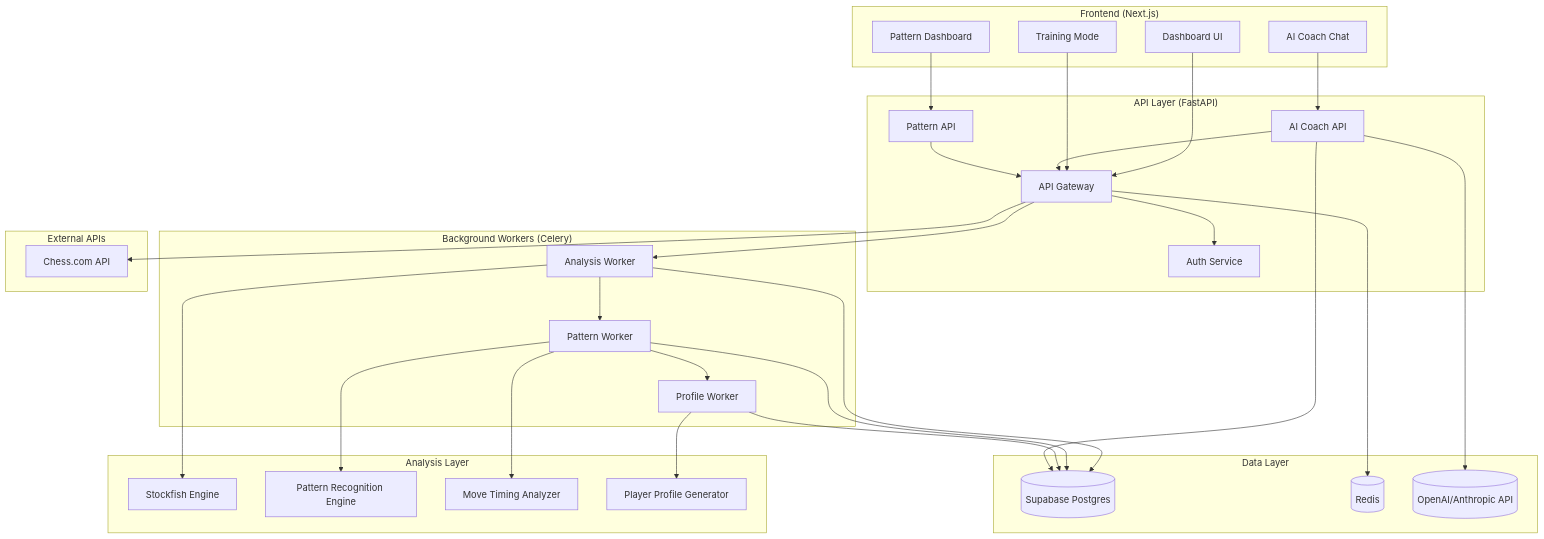
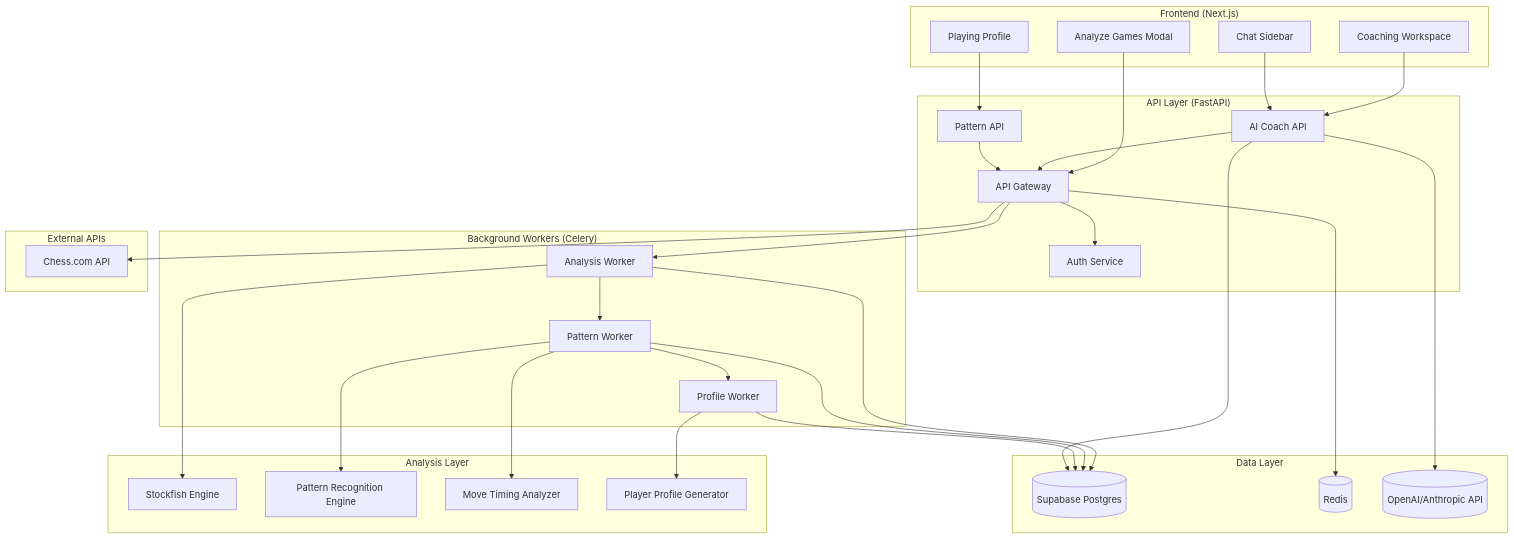
Before and after one commit to ArcnetLabs/chess-AI: the first of 4 diagrams in docs/requirements/FRD_TECHNICAL.md, drawn with Mermaid. The commit also changed other lines of this file and 85 other files, not shown here.

````diff
--- a/docs/requirements/FRD_TECHNICAL.md
+++ b/docs/requirements/FRD_TECHNICAL.md
@@ -42,67 +46,67 @@
 ```mermaid
 flowchart TB
     subgraph Frontend["Frontend (Next.js)"]
-        UI[Dashboard UI]
-        CHAT[AI Coach Chat]
-        PATTERN[Pattern Dashboard]
-        TRAIN[Training Mode]
+        CHAT[Coaching Workspace]
+        SIDEBAR[Chat Sidebar]
+        PROFILE_UI[Playing Profile]
+        ANALYZE_MODAL[Analyze Games Modal]
     end
 
     subgraph APILayer["API Layer (FastAPI)"]
         API[API Gateway]
         AUTH[Auth Service]
         COACH[AI Coach API]
         PATTERN_API[Pattern API]
     end
 
     subgraph AnalysisLayer["Analysis Layer"]
         STOCK[Stockfish Engine]
         PATTERN_ENG[Pattern Recognition Engine]
         TIME_ENG[Move Timing Analyzer]
         PROFILE[Player Profile Generator]
     end
 
     subgraph Workers["Background Workers (Celery)"]
         W1[Analysis Worker]
         W2[Pattern Worker]
         W3[Profile Worker]
     end
 
     subgraph DataLayer["Data Layer"]
         DB[(Supabase Postgres)]
         REDIS[(Redis)]
         LLM[(OpenAI/Anthropic API)]
     end
 
     subgraph External["External APIs"]
         CHESSCOM[Chess.com API]
     end
 
-    UI --> API
     CHAT --> COACH
-    PATTERN --> PATTERN_API
-    TRAIN --> API
+    SIDEBAR --> COACH
+    PROFILE_UI --> PATTERN_API
+    ANALYZE_MODAL --> API
 
     COACH --> API
     PATTERN_API --> API
     API --> AUTH
 
     API --> W1
     W1 --> STOCK
     W1 --> DB
 
     W1 --> W2
     W2 --> PATTERN_ENG
     W2 --> TIME_ENG
     W2 --> DB
 
     W2 --> W3
     W3 --> PROFILE
     W3 --> DB
 
     COACH --> LLM
     COACH --> DB
 
     API --> CHESSCOM
     API --> REDIS
 ```
````
